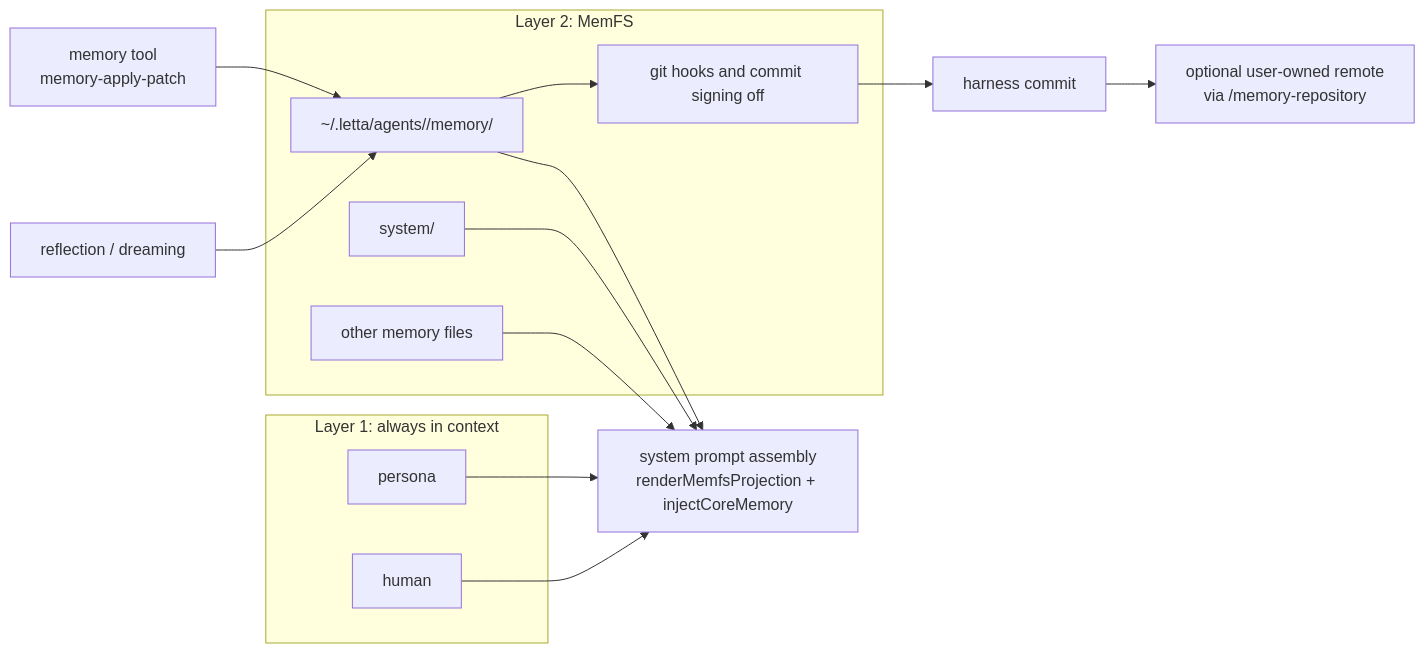
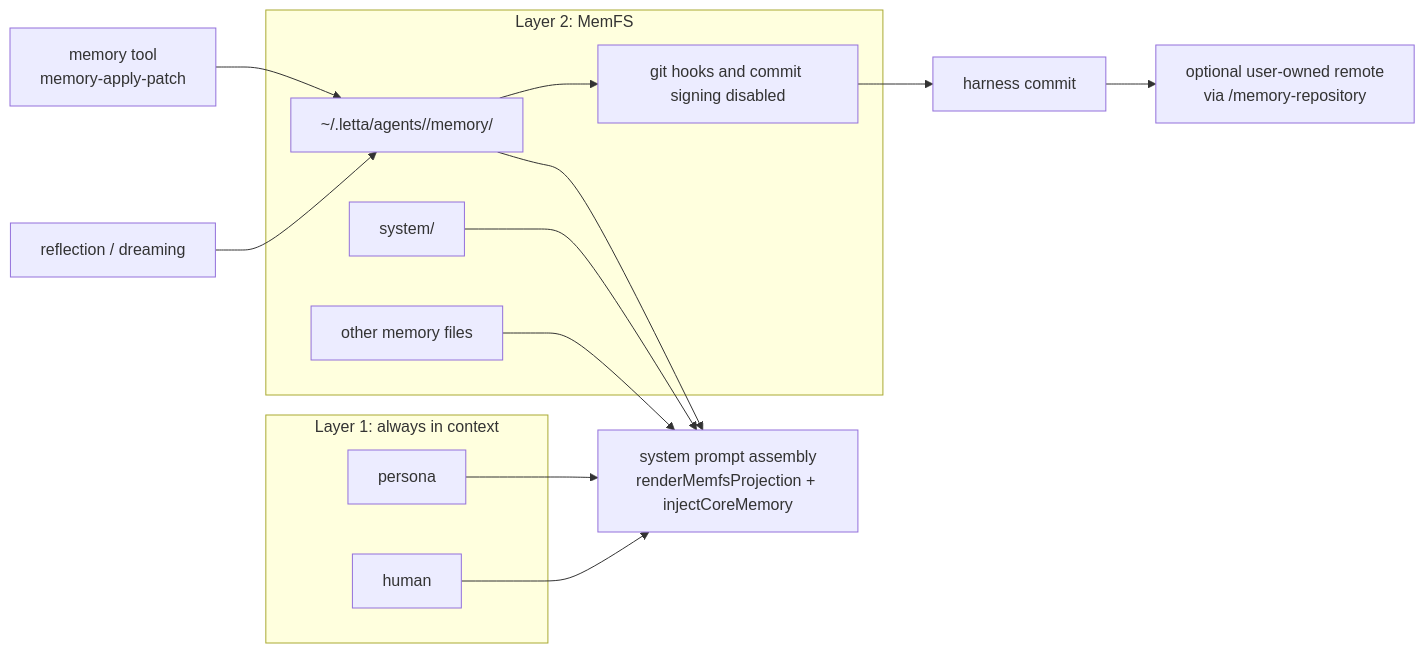
Before and after one commit to joels-sandgarden/letta-docs: the diagram in 03-memory-blocks-and-the-memory-filesystem.md, drawn with Mermaid. The commit also changed other lines of this file, not shown here.

````diff
--- a/03-memory-blocks-and-the-memory-filesystem.md
+++ b/03-memory-blocks-and-the-memory-filesystem.md
@@ -35,29 +35,29 @@
 ```mermaid
 flowchart LR
   subgraph Prompt["Layer 1: always in context"]
     persona["persona"]
     human["human"]
   end
 
   subgraph MemFS["Layer 2: MemFS"]
     root["~/.letta/agents/<agentId>/memory/"]
     system["system/"]
     other["other memory files"]
-    hooks["git hooks and commit signing off"]
+    hooks["git hooks and commit signing disabled"]
   end
 
   tools["memory tool\nmemory-apply-patch"]
   reflection["reflection / dreaming"]
   commit["harness commit"]
   remote["optional user-owned remote\nvia /memory-repository"]
   prompt["system prompt assembly\nrenderMemfsProjection + injectCoreMemory"]
 
   tools --> root
   reflection --> root
   root --> hooks --> commit --> remote
   root --> prompt
   system --> prompt
   other --> prompt
   persona --> prompt
   human --> prompt
 ```
````
